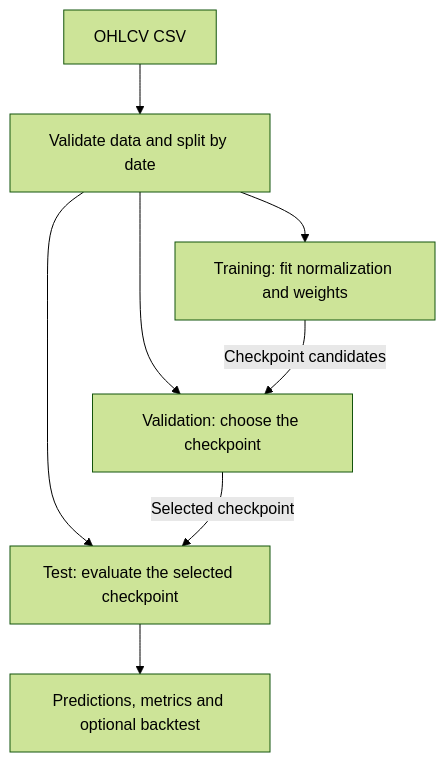
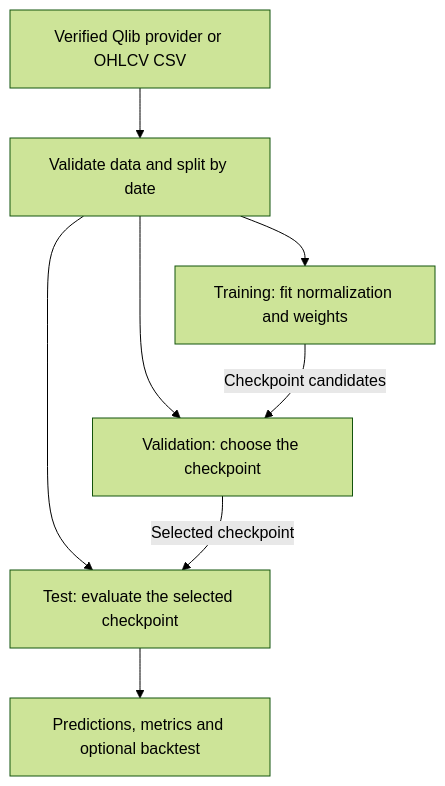
Before and after one commit to BenjiKCF/Neural-Net-with-Financial-Time-Series-Data: the second of 2 diagrams in README.md, drawn with Mermaid (forest theme). The commit also changed other lines of this file and 244 other files, not shown here.

First line of the commit message:
Rerun all models on latest chenditc CSI300 data and add native Qlib charts (#21)

````diff
--- a/README.md
+++ b/README.md
@@ -240,10 +304,10 @@
 ```mermaid
 flowchart TD
-    D["OHLCV CSV"] --> Q["Validate data and split by date"]
+    D["Verified Qlib provider or OHLCV CSV"] --> Q["Validate data and split by date"]
     Q --> T["Training: fit normalization and weights"]
     Q --> V["Validation: choose the checkpoint"]
     Q --> E["Test: evaluate the selected checkpoint"]
     T -- "Checkpoint candidates" --> V
     V -- "Selected checkpoint" --> E
     E --> O["Predictions, metrics and optional backtest"]
 ```
````
